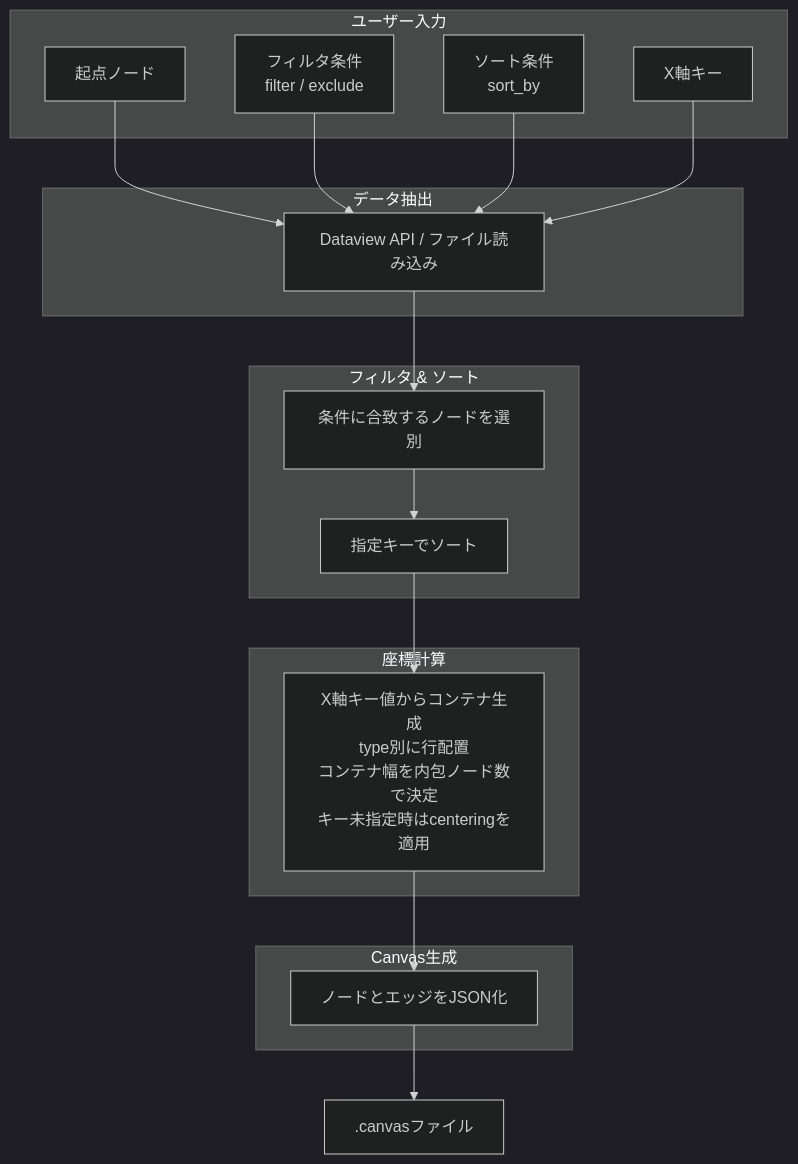
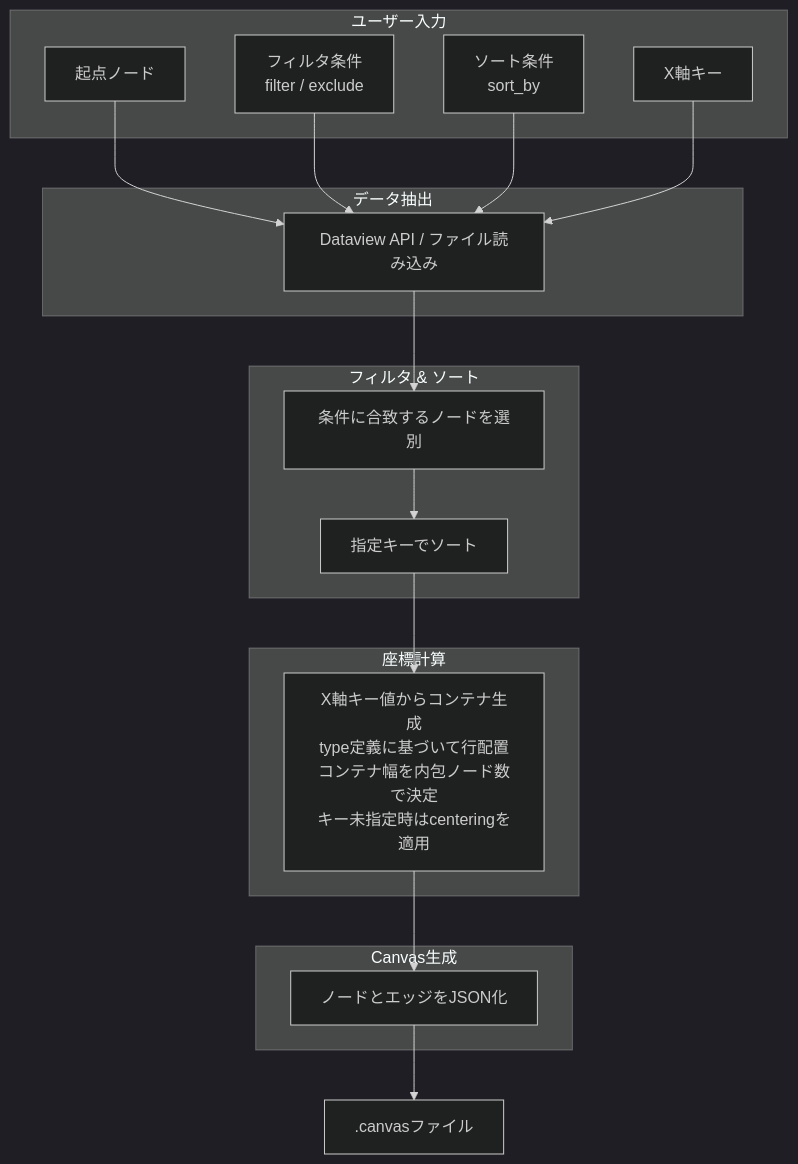
The diagram in Misc/Plans/obsidianを利用したボトムアップ的canvas生成.md (Nanawith7/A-prompt-to-cause-pseudo-singularity-with-ethics), drawn with Mermaid (dark theme) before and after one commit. The commit also changed other lines of this file, not shown here.

````diff
--- a/Misc/Plans/obsidianを利用したボトムアップ的canvas生成.md
+++ b/Misc/Plans/obsidianを利用したボトムアップ的canvas生成.md
@@ -17,23 +17,23 @@
 ```mermaid
 flowchart TD
     subgraph "ユーザー入力"
         U1[起点ノード]
         U2[フィルタ条件<br>filter / exclude]
         U3[ソート条件<br>sort_by]
         U4[X軸キー]
     end
     subgraph "データ抽出"
         D[Dataview API / ファイル読み込み]
     end
     subgraph "フィルタ & ソート"
         F[条件に合致するノードを選別]
         S[指定キーでソート]
     end
     subgraph "座標計算"
-        C[X軸キー値からコンテナ生成<br>type別に行配置<br>コンテナ幅を内包ノード数で決定<br>キー未指定時はcenteringを適用]
+        C[X軸キー値からコンテナ生成<br>type定義に基づいて行配置<br>コンテナ幅を内包ノード数で決定<br>キー未指定時はcenteringを適用]
     end
     subgraph "Canvas生成"
         G[ノードとエッジをJSON化]
     end
     U1 & U2 & U3 & U4 --> D --> F --> S --> C --> G --> O[.canvasファイル]
 ```
````
